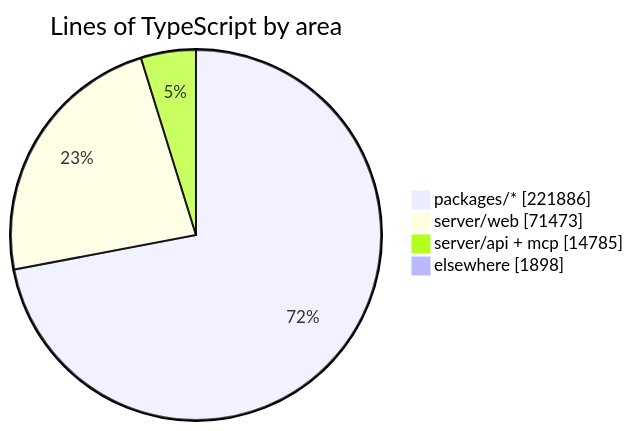
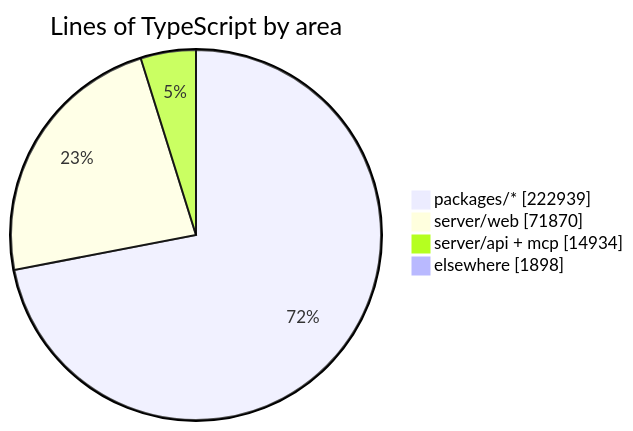
Before and after one commit to crossworks-engineering/mantle: the diagram in README.md, drawn with Mermaid. The commit also changed other lines of this file and 2 other files, not shown here.

````diff
--- a/README.md
+++ b/README.md
@@ -287,7 +287,7 @@
 ```mermaid
 pie showData title Lines of TypeScript by area
-    "packages/*" : 221886
-    "server/web" : 71473
-    "server/api + mcp" : 14785
+    "packages/*" : 222939
+    "server/web" : 71870
+    "server/api + mcp" : 14934
     "elsewhere" : 1898
 ```
````
